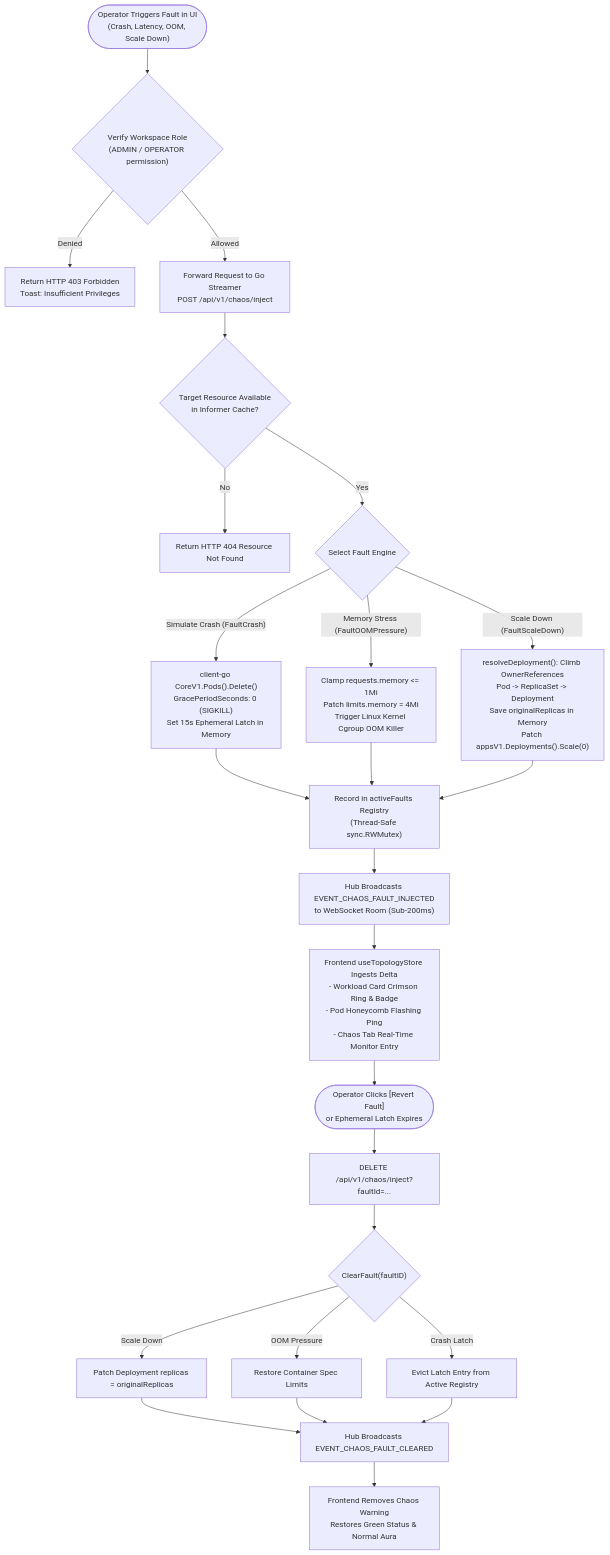
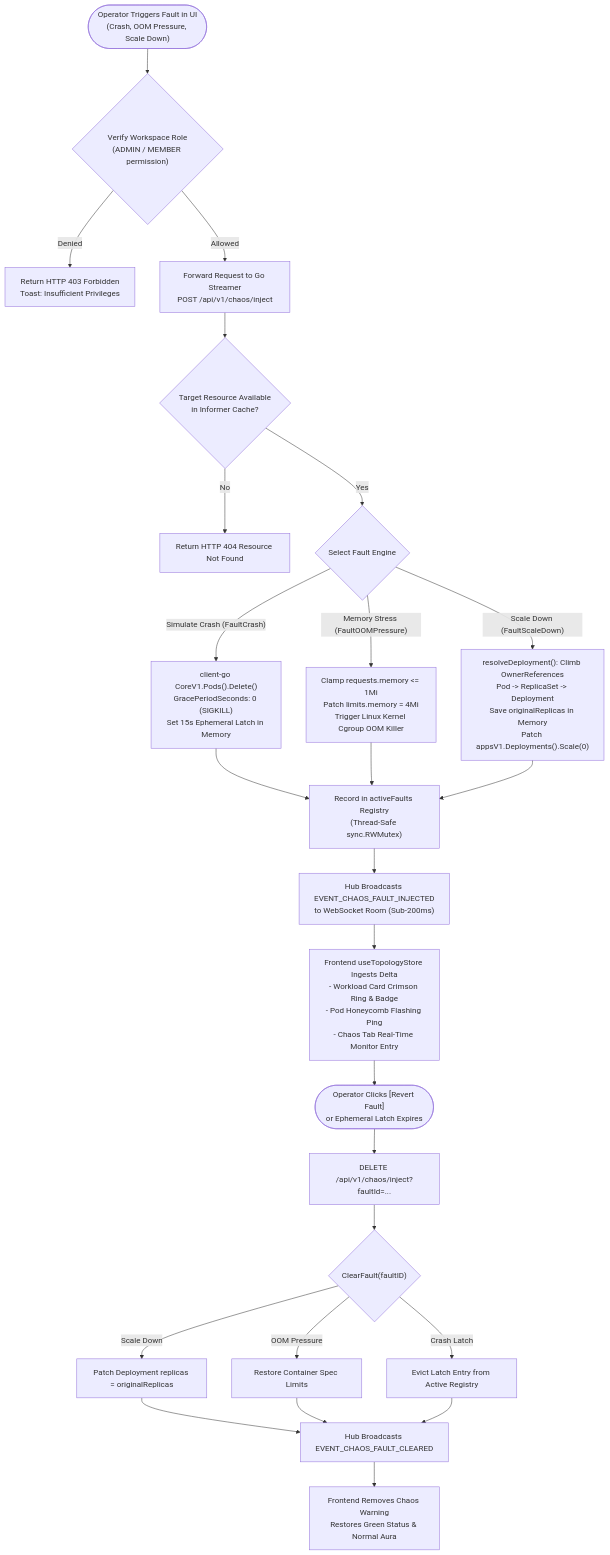
Before and after one commit to P20000/EnvScale: the ninth of 9 diagrams in docs/detailed-design.md, drawn with Mermaid. The commit also changed other lines of this file and 29 other files, not shown here.

````diff
--- a/docs/detailed-design.md
+++ b/docs/detailed-design.md
@@ -456,39 +452,39 @@
 ```mermaid
 flowchart TD
-    TRIGGER(["Operator Triggers Fault in UI<br/>(Crash, Latency, OOM, Scale Down)"]) --> AUTH_VERIFY{"Verify Workspace Role<br/>(ADMIN / OPERATOR permission)"}
+    TRIGGER(["Operator Triggers Fault in UI<br/>(Crash, OOM Pressure, Scale Down)"]) --> AUTH_VERIFY{"Verify Workspace Role<br/>(ADMIN / MEMBER permission)"}
     
     AUTH_VERIFY -- Denied --> ERR_403["Return HTTP 403 Forbidden<br/>Toast: Insufficient Privileges"]
     AUTH_VERIFY -- Allowed --> DISPATCH["Forward Request to Go Streamer<br/>POST /api/v1/chaos/inject"]
     
     DISPATCH --> TARGET_RESOLVE{"Target Resource Available<br/>in Informer Cache?"}
     TARGET_RESOLVE -- No --> ERR_404["Return HTTP 404 Resource Not Found"]
     
     TARGET_RESOLVE -- Yes --> FAULT_TYPE{"Select Fault Engine"}
     
     FAULT_TYPE -- "Simulate Crash (FaultCrash)" --> K8S_KILL["client-go CoreV1.Pods().Delete()<br/>GracePeriodSeconds: 0 (SIGKILL)<br/>Set 15s Ephemeral Latch in Memory"]
     FAULT_TYPE -- "Memory Stress (FaultOOMPressure)" --> STRESS_OOM["Clamp requests.memory <= 1Mi<br/>Patch limits.memory = 4Mi<br/>Trigger Linux Kernel Cgroup OOM Killer"]
     FAULT_TYPE -- "Scale Down (FaultScaleDown)" --> RESOLVE_DEP["resolveDeployment(): Climb OwnerReferences<br/>Pod -> ReplicaSet -> Deployment<br/>Save originalReplicas in Memory<br/>Patch appsV1.Deployments().Scale(0)"]
     
     K8S_KILL --> REG_FAULT["Record in activeFaults Registry<br/>(Thread-Safe sync.RWMutex)"]
     STRESS_OOM --> REG_FAULT
     RESOLVE_DEP --> REG_FAULT
     
     REG_FAULT --> BROADCAST["Hub Broadcasts EVENT_CHAOS_FAULT_INJECTED<br/>to WebSocket Room (Sub-200ms)"]
     
     BROADCAST --> UI_REACTIVE["Frontend useTopologyStore Ingests Delta<br/>- Workload Card Crimson Ring & Badge<br/>- Pod Honeycomb Flashing Ping<br/>- Chaos Tab Real-Time Monitor Entry"]
     
     UI_REACTIVE --> REVERT_TRIGGER(["Operator Clicks [Revert Fault]<br/>or Ephemeral Latch Expires"])
     
     REVERT_TRIGGER --> REVERT_REQ["DELETE /api/v1/chaos/inject?faultId=..."]
     REVERT_REQ --> CLEAR_FAULT{"ClearFault(faultID)"}
     
     CLEAR_FAULT -- "Scale Down" --> RESTORE_SCALE["Patch Deployment replicas = originalReplicas"]
     CLEAR_FAULT -- "OOM Pressure" --> RESTORE_OOM["Restore Container Spec Limits"]
     CLEAR_FAULT -- "Crash Latch" --> CLEAR_LATCH["Evict Latch Entry from Active Registry"]
     
     RESTORE_SCALE --> BROADCAST_CLEAR["Hub Broadcasts EVENT_CHAOS_FAULT_CLEARED"]
     RESTORE_OOM --> BROADCAST_CLEAR
     CLEAR_LATCH --> BROADCAST_CLEAR
     
     BROADCAST_CLEAR --> UI_HEAL["Frontend Removes Chaos Warning<br/>Restores Green Status & Normal Aura"]
 ```
````
